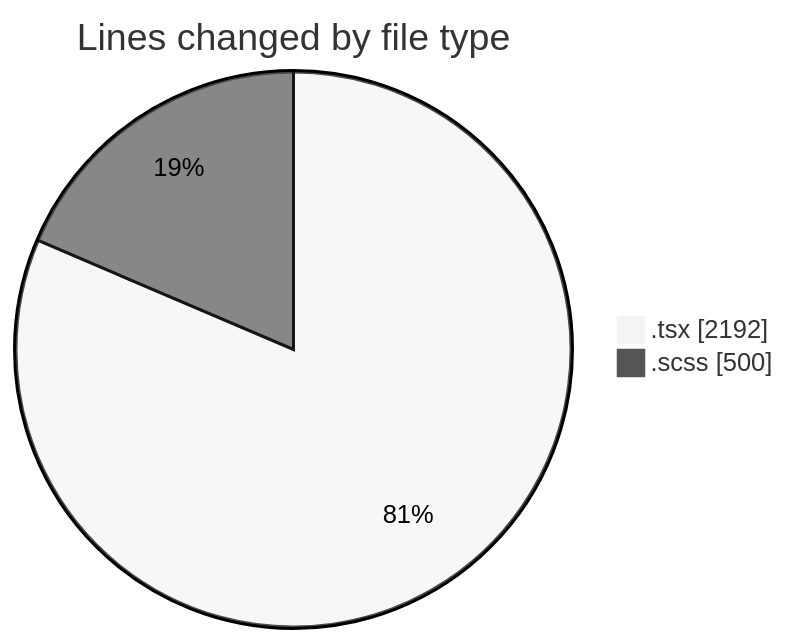
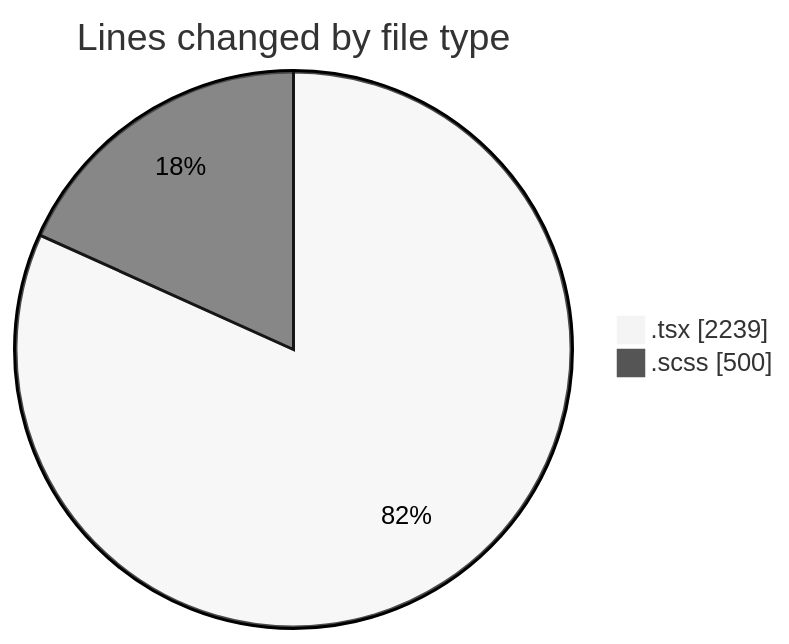
The first of 2 diagrams in 2025-04-10/cda/README.md (momahboobian/code-tracking), drawn with Mermaid (neutral theme) before and after one commit. The commit also changed other lines of this file and 1 other file, not shown here.

````diff
--- a/2025-04-10/cda/README.md
+++ b/2025-04-10/cda/README.md
@@ -26,6 +26,6 @@
 ```mermaid
 pie showData
 title Lines changed by file type
-".tsx" : 2192
+".tsx" : 2239
 ".scss" : 500
 ```
````
